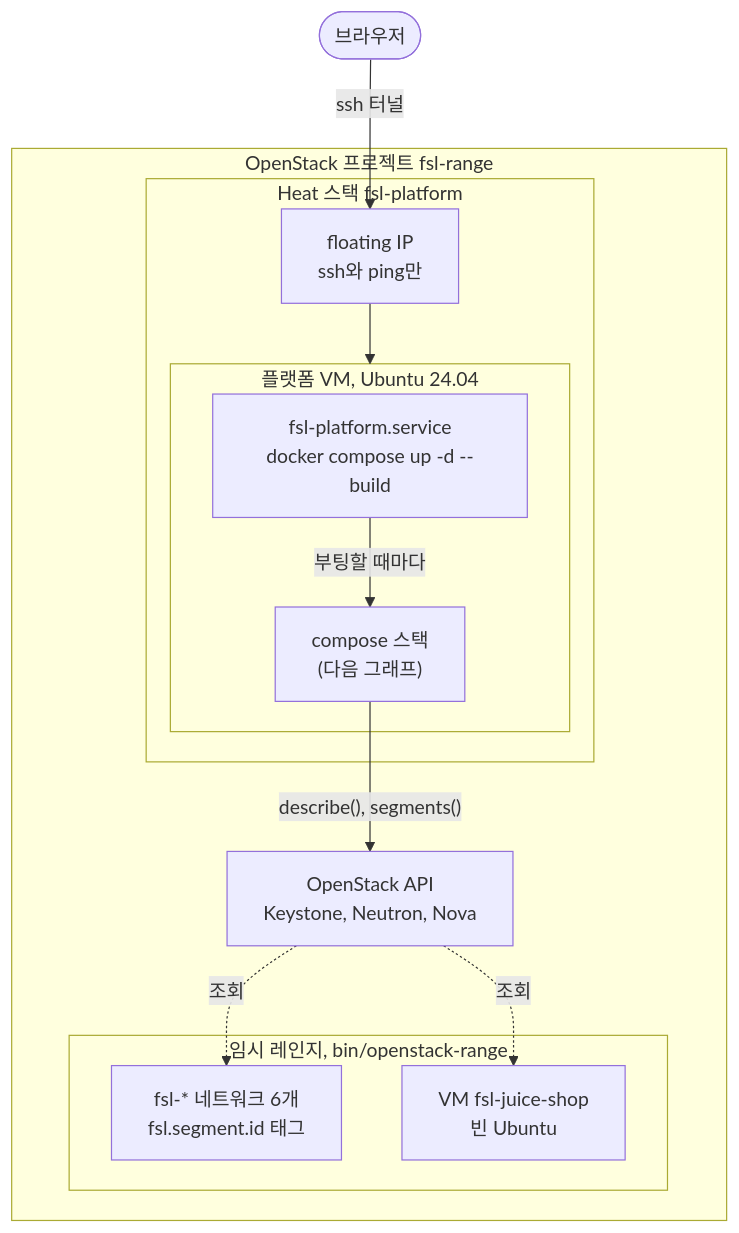
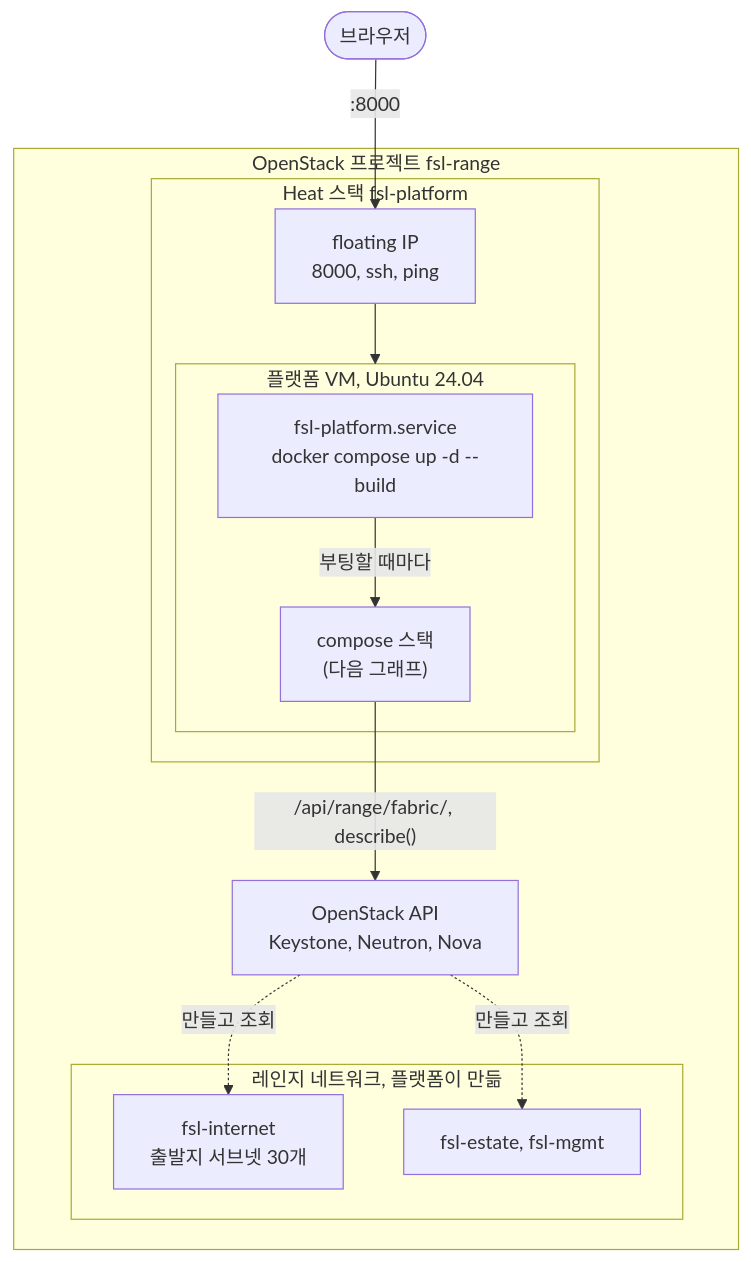
Before and after one commit to Nekonic/fsl-project-mvp: the first of 2 diagrams in README.ko.md, drawn with Mermaid. The commit also changed other lines of this file and 10 other files, not shown here.

First line of the commit message:
feat: the platform VM opens at its floating IP and builds the range on the cloud

````diff
--- a/README.ko.md
+++ b/README.ko.md
@@ -24,26 +24,26 @@
 ```mermaid
 flowchart TB
   person(["브라우저"])
 
   subgraph cloud["OpenStack 프로젝트 fsl-range"]
     api["OpenStack API<br/>Keystone, Neutron, Nova"]
     subgraph heat["Heat 스택 fsl-platform"]
-      fip["floating IP<br/>ssh와 ping만"]
+      fip["floating IP<br/>8000, ssh, ping"]
       subgraph vm["플랫폼 VM, Ubuntu 24.04"]
         unit["fsl-platform.service<br/>docker compose up -d --build"]
         stack["compose 스택<br/>(다음 그래프)"]
       end
     end
-    subgraph standin["임시 레인지, bin/openstack-range"]
-      nets["fsl-* 네트워크 6개<br/>fsl.segment.id 태그"]
-      target["VM fsl-juice-shop<br/>빈 Ubuntu"]
+    subgraph fabric_box["레인지 네트워크, 플랫폼이 만듦"]
+      internet["fsl-internet<br/>출발지 서브넷 30개"]
+      inside["fsl-estate, fsl-mgmt"]
     end
   end
 
-  person -->|"ssh 터널"| fip
+  person -->|":8000"| fip
   fip --> vm
   unit -->|"부팅할 때마다"| stack
-  stack -->|"describe(), segments()"| api
-  api -.->|조회| nets
-  api -.->|조회| target
+  stack -->|"/api/range/fabric/, describe()"| api
+  api -.->|만들고 조회| internet
+  api -.->|만들고 조회| inside
 ```
````
